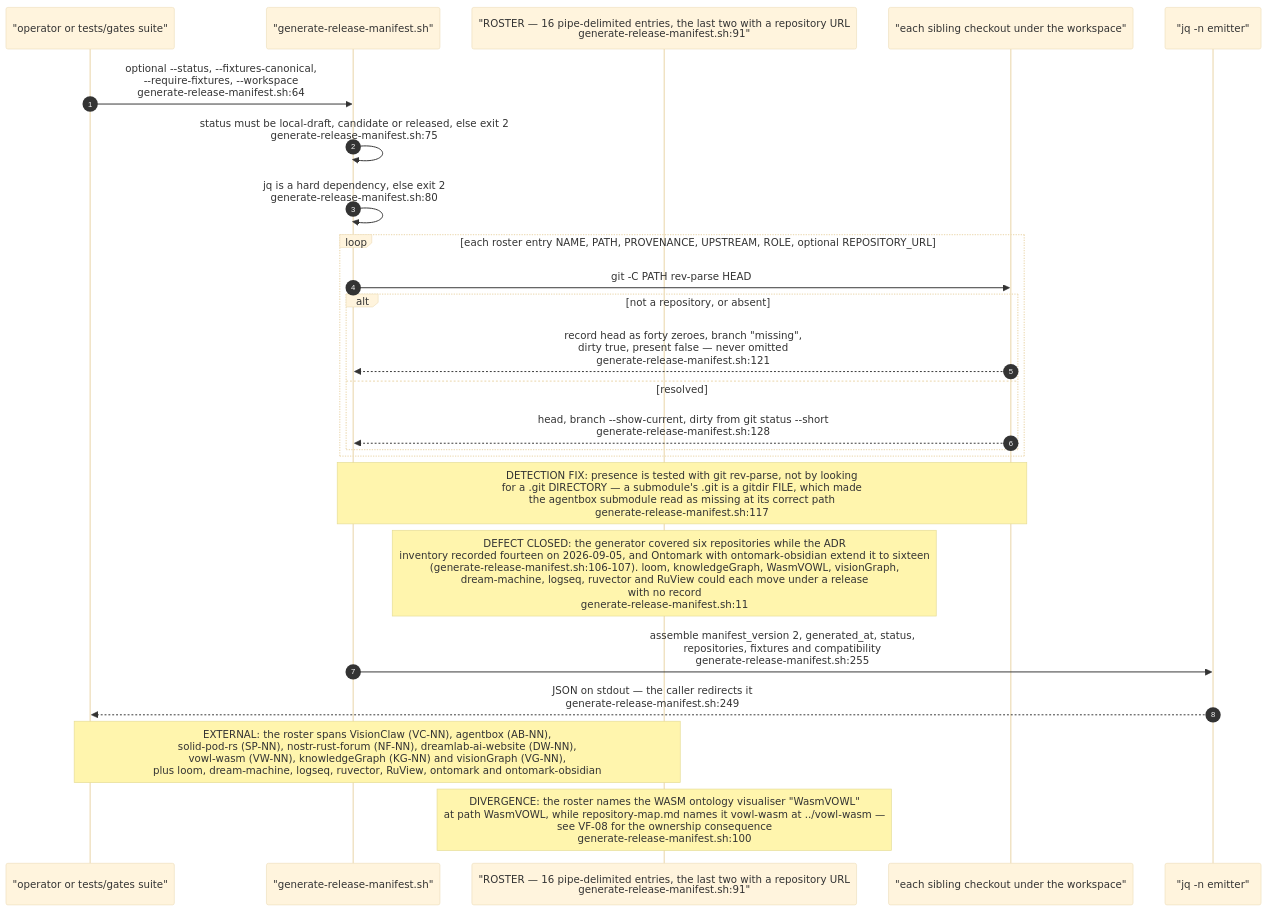
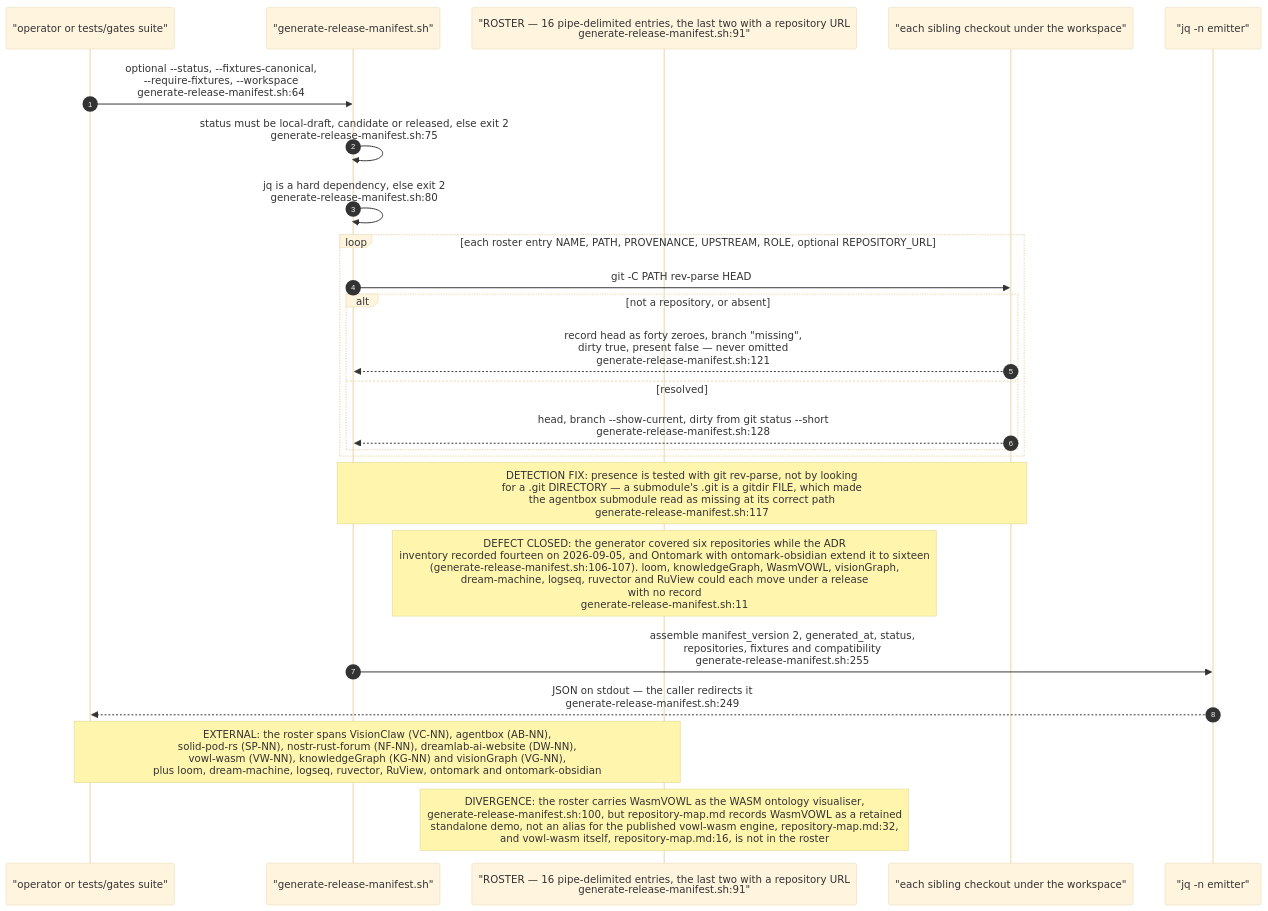
Before and after one commit to DreamLab-AI/VisionFlow: the second of 11 diagrams in docs/diagrams/visionflow/07-pitch-presentation-reports.md, drawn with Mermaid (base theme). The commit also changed other lines of this file and 91 other files, not shown here.

````diff
--- a/docs/diagrams/visionflow/07-pitch-presentation-reports.md
+++ b/docs/diagrams/visionflow/07-pitch-presentation-reports.md
@@ -80,32 +82,32 @@
 ```mermaid
 sequenceDiagram
     autonumber
     participant OP as "operator or tests/gates suite"
     participant G as "generate-release-manifest.sh"
     participant RO as "ROSTER — 16 pipe-delimited entries, the last two with a repository URL<br/>generate-release-manifest.sh:91"
     participant GIT as "each sibling checkout under the workspace"
     participant JQ as "jq -n emitter"
 
     OP->>G: optional --status, --fixtures-canonical,<br/>--require-fixtures, --workspace<br/>generate-release-manifest.sh:64
     G->>G: status must be local-draft, candidate or released, else exit 2<br/>generate-release-manifest.sh:75
     G->>G: jq is a hard dependency, else exit 2<br/>generate-release-manifest.sh:80
 
     loop each roster entry NAME, PATH, PROVENANCE, UPSTREAM, ROLE, optional REPOSITORY_URL
         G->>GIT: git -C PATH rev-parse HEAD
         alt not a repository, or absent
             GIT-->>G: record head as forty zeroes, branch "missing",<br/>dirty true, present false — never omitted<br/>generate-release-manifest.sh:121
         else resolved
             GIT-->>G: head, branch --show-current, dirty from git status --short<br/>generate-release-manifest.sh:128
         end
     end
 
     Note over G,GIT: DETECTION FIX: presence is tested with git rev-parse, not by looking<br/>for a .git DIRECTORY — a submodule's .git is a gitdir FILE, which made<br/>the agentbox submodule read as missing at its correct path<br/>generate-release-manifest.sh:117
 
     Note over RO: DEFECT CLOSED: the generator covered six repositories while the ADR<br/>inventory recorded fourteen on 2026-09-05, and Ontomark with ontomark-obsidian extend it to sixteen<br/>(generate-release-manifest.sh:106-107). loom, knowledgeGraph, WasmVOWL, visionGraph,<br/>dream-machine, logseq, ruvector and RuView could each move under a release<br/>with no record<br/>generate-release-manifest.sh:11
 
     G->>JQ: assemble manifest_version 2, generated_at, status,<br/>repositories, fixtures and compatibility<br/>generate-release-manifest.sh:255
     JQ-->>OP: JSON on stdout — the caller redirects it<br/>generate-release-manifest.sh:249
 
     Note over OP,RO: EXTERNAL: the roster spans VisionClaw (VC-NN), agentbox (AB-NN),<br/>solid-pod-rs (SP-NN), nostr-rust-forum (NF-NN), dreamlab-ai-website (DW-NN),<br/>vowl-wasm (VW-NN), knowledgeGraph (KG-NN) and visionGraph (VG-NN),<br/>plus loom, dream-machine, logseq, ruvector, RuView, ontomark and ontomark-obsidian
-    Note over RO: DIVERGENCE: the roster names the WASM ontology visualiser "WasmVOWL"<br/>at path WasmVOWL, while repository-map.md names it vowl-wasm at ../vowl-wasm —<br/>see VF-08 for the ownership consequence<br/>generate-release-manifest.sh:100
+    Note over RO: DIVERGENCE: the roster carries WasmVOWL as the WASM ontology visualiser,<br/>generate-release-manifest.sh:100, but repository-map.md records WasmVOWL as a retained<br/>standalone demo, not an alias for the published vowl-wasm engine, repository-map.md:32,<br/>and vowl-wasm itself, repository-map.md:16, is not in the roster
 ```
````
